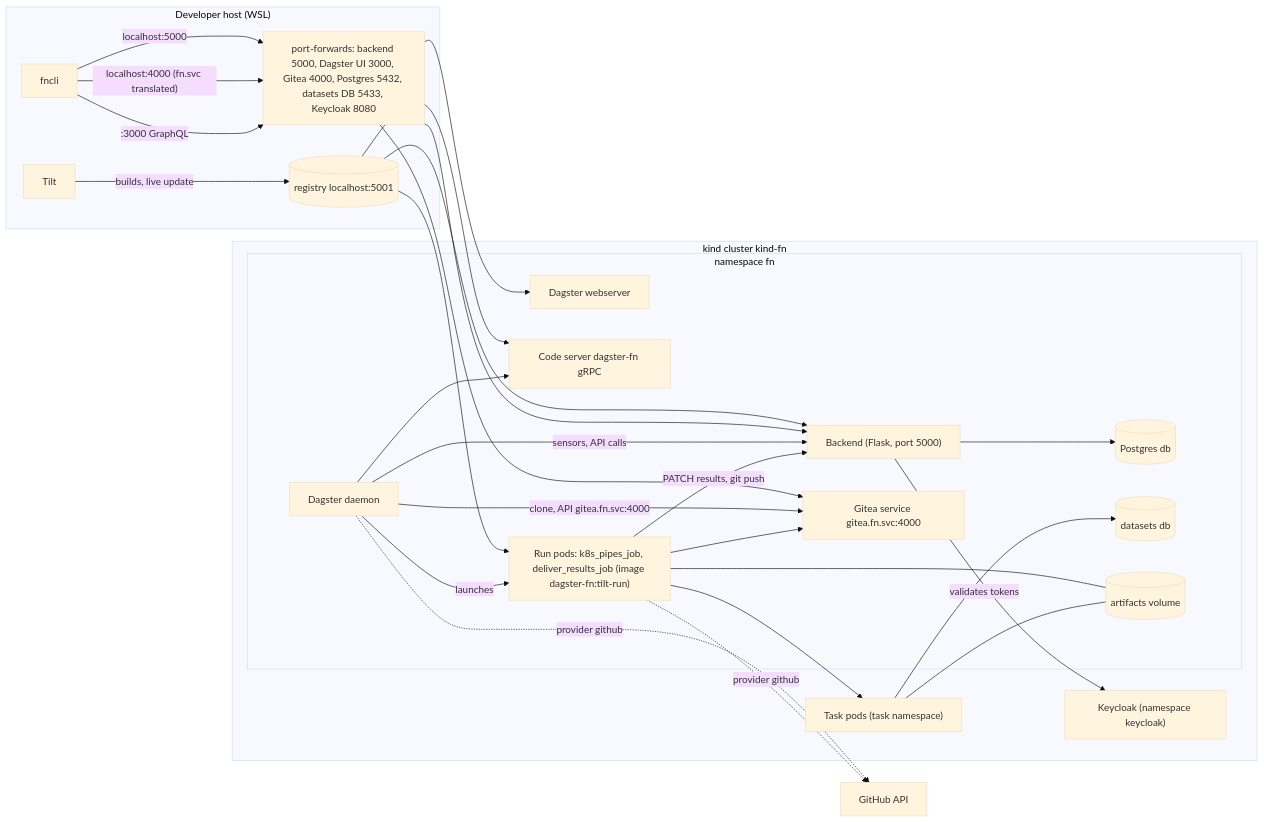
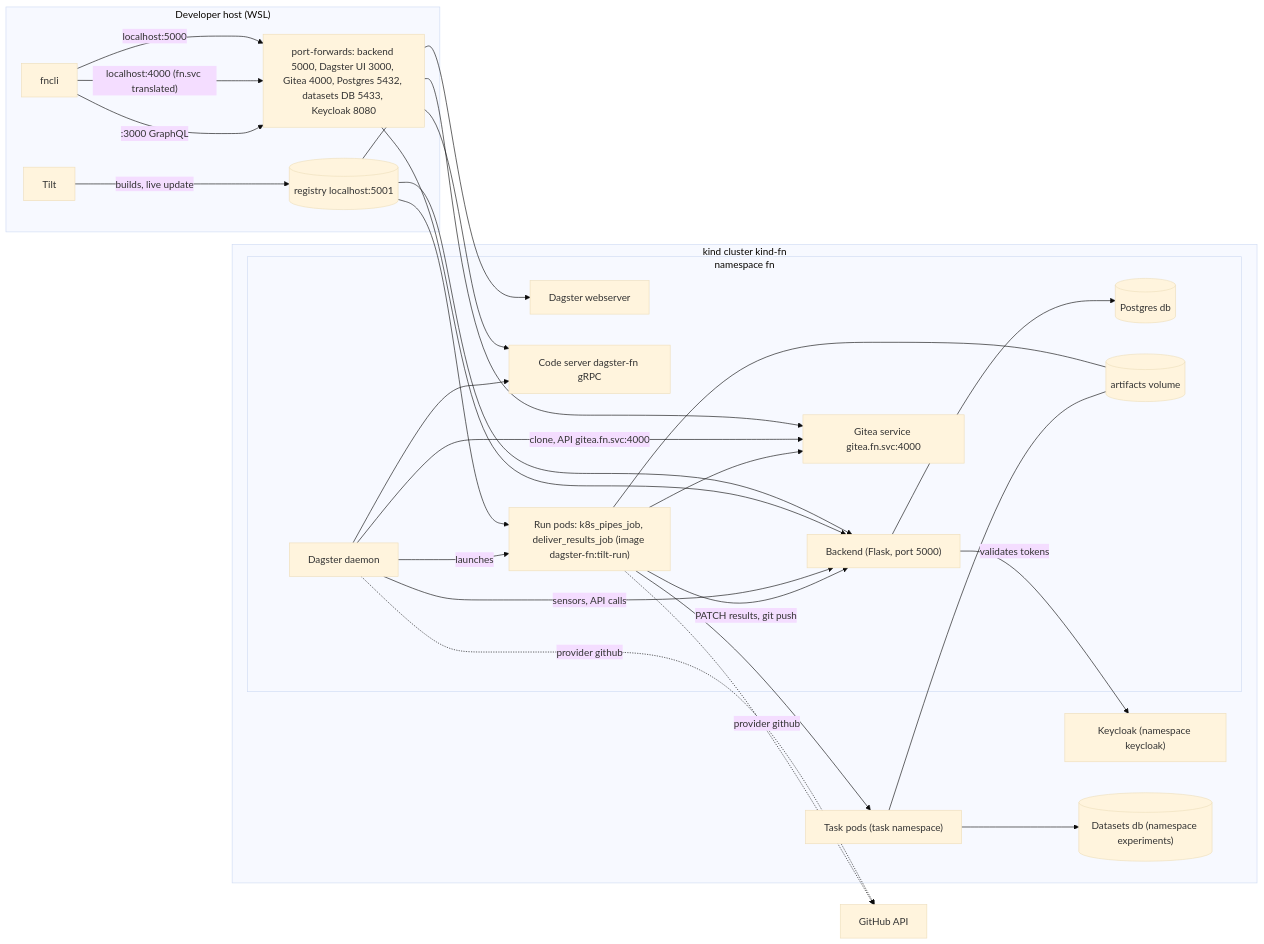
Before and after one commit to Aridhia-Open-Source/PHEMS_federated_node: the third of 3 diagrams in docs/architecture/flows.md, drawn with Mermaid (base theme). The commit also changed 21 other files, not shown here.

First line of the commit message:
Remove the legacy in-chart datasets database

````diff
--- a/docs/architecture/flows.md
+++ b/docs/architecture/flows.md
@@ -103,50 +103,50 @@
 ```mermaid
 flowchart LR
     subgraph Host["Developer host (WSL)"]
         FN["fncli"]
         TILT[Tilt]
         REG[("registry localhost:5001")]
         FWD["port-forwards: backend 5000, Dagster UI 3000, Gitea 4000, Postgres 5432, datasets DB 5433, Keycloak 8080"]
     end
     subgraph Kind["kind cluster kind-fn"]
         subgraph FNNS["namespace fn"]
             BE["Backend (Flask, port 5000)"]
             DB[(Postgres db)]
-            DDB[(datasets db)]
             GITEA["Gitea service gitea.fn.svc:4000"]
             DWS[Dagster webserver]
             DD[Dagster daemon]
             CS["Code server dagster-fn gRPC"]
             RUN["Run pods: k8s_pipes_job, deliver_results_job (image dagster-fn:tilt-run)"]
             VOL[("artifacts volume")]
         end
         TNS["Task pods (task namespace)"]
         KC["Keycloak (namespace keycloak)"]
+        DDB[("Datasets db (namespace experiments)")]
     end
     EXT[GitHub API]
 
     TILT -->|builds, live update| REG
     REG --> BE
     REG --> CS
     REG --> RUN
     FN -->|"localhost:5000"| FWD
     FN -->|"localhost:4000 (fn.svc translated)"| FWD
     FN -->|":3000 GraphQL"| FWD
     FWD --> BE
     FWD --> GITEA
     FWD --> DWS
     BE --> DB
     BE -->|validates tokens| KC
     DD -->|"sensors, API calls"| BE
     DD -->|"clone, API gitea.fn.svc:4000"| GITEA
     DD -->|launches| RUN
     DD --> CS
     RUN -->|"PATCH results, git push"| BE
     RUN --> GITEA
     RUN --> TNS
     RUN --- VOL
     TNS --- VOL
     TNS --> DDB
     DD -.->|"provider github"| EXT
     RUN -.->|"provider github"| EXT
 ```
````
